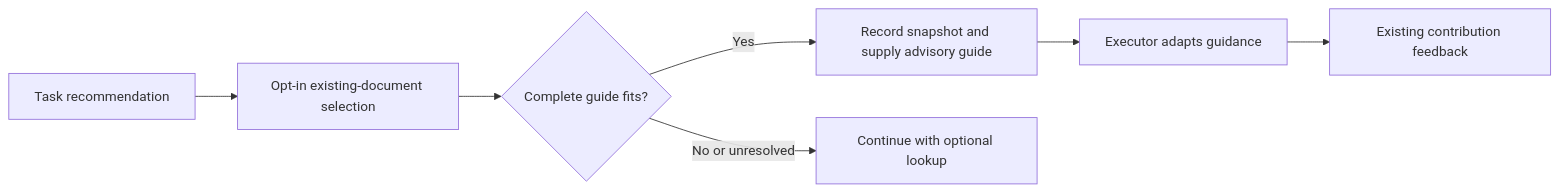
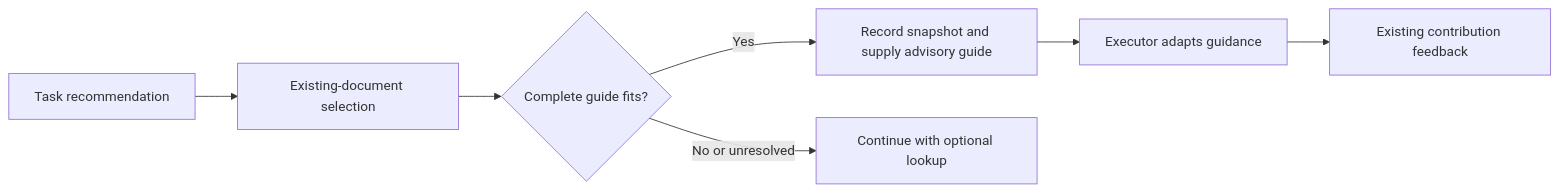
The second of 2 diagrams in docs/techniques.md (double16/Cyber-AutoAgent-ng), drawn with Mermaid before and after one commit. The commit also changed other lines of this file and 4 other files, not shown here.

````diff
--- a/docs/techniques.md
+++ b/docs/techniques.md
@@ -1230,9 +1230,9 @@
 ```mermaid
 flowchart LR
-    R[Task recommendation] --> S[Opt-in existing-document selection]
+    R[Task recommendation] --> S[Existing-document selection]
     S --> F{Complete guide fits?}
     F -->|Yes| D[Record snapshot and supply advisory guide]
     F -->|No or unresolved| L[Continue with optional lookup]
     D --> E[Executor adapts guidance]
     E --> U[Existing contribution feedback]
 ```
````
